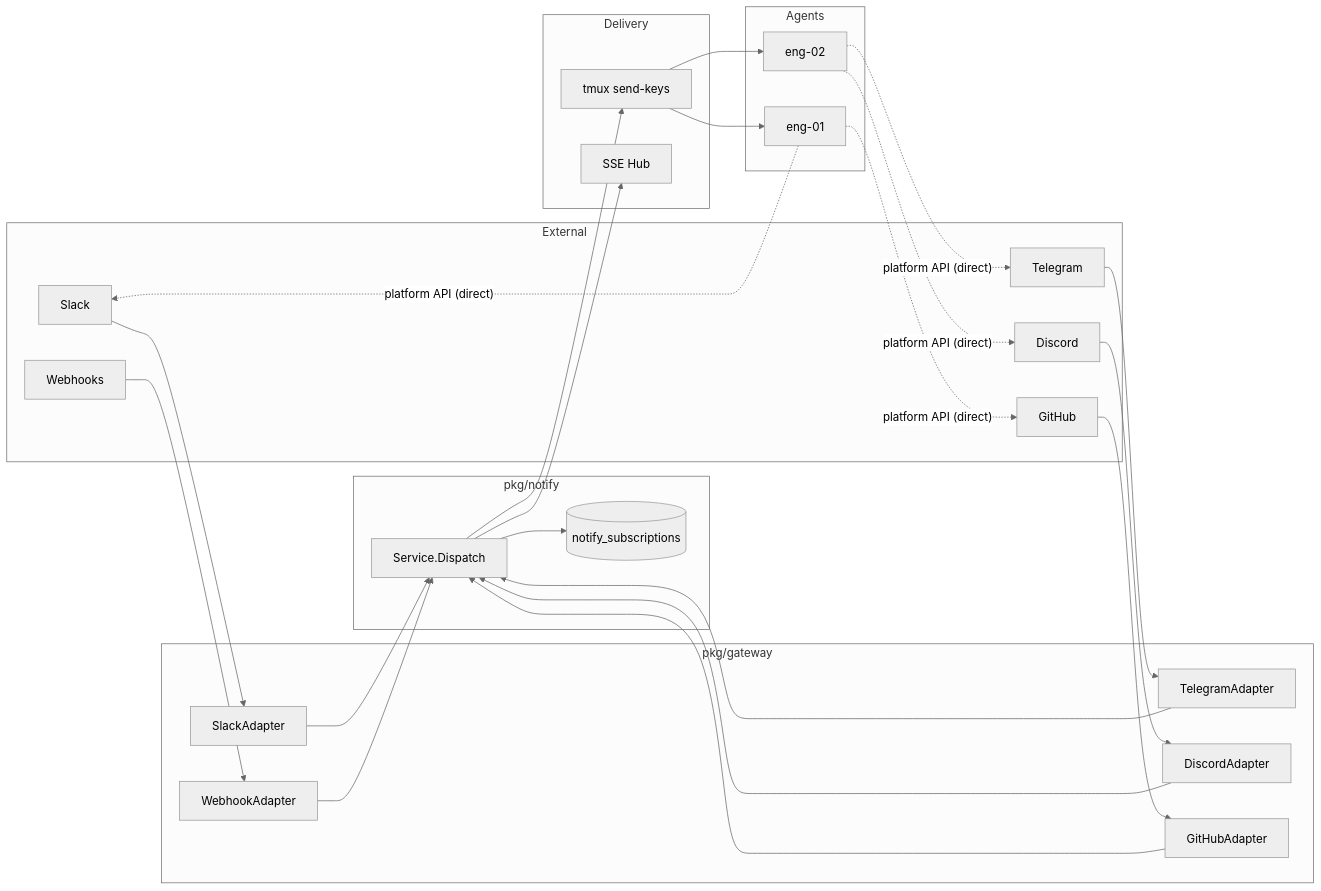
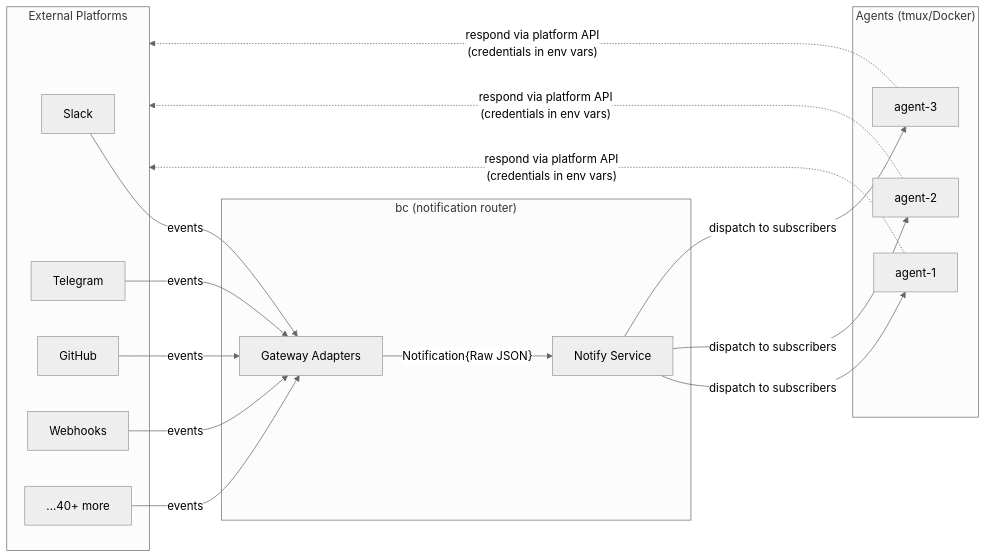
Before and after one commit to rpuneet/bc: the first of 10 diagrams in docs/architecture/channels.md, drawn with Mermaid (neutral theme). The commit also changed 1 other file, not shown here.

Commit message:
fix(docs): simplify overview diagram, fix architecture typo
- Overview diagram: clean 3-layer view (Platforms → bc → Agents) instead
  of exposing internal packages. Agents respond to Platforms collectively,
  not hard-wired to specific ones.
- Fix "contrnrs" → "containers" typo in architecture.md

````diff
--- a/docs/architecture/channels.md
+++ b/docs/architecture/channels.md
@@ -13,47 +13,26 @@
 ```mermaid
 flowchart LR
-    subgraph External
+    subgraph Platforms["External Platforms"]
         S[Slack]
         T[Telegram]
-        D[Discord]
         G[GitHub]
         W[Webhooks]
+        More["...40+ more"]
     end
 
-    subgraph "pkg/gateway"
-        SA[SlackAdapter]
-        TA[TelegramAdapter]
-        DA[DiscordAdapter]
-        GA[GitHubAdapter]
-        WA[WebhookAdapter]
+    subgraph bc["bc (notification router)"]
+        GW["Gateway Adapters"]
+        NS["Notify Service"]
     end
 
-    subgraph "pkg/notify"
-        SVC[Service.Dispatch]
-        ST[(notify_subscriptions)]
+    subgraph Agents["Agents (tmux/Docker)"]
+        A1[agent-1]
+        A2[agent-2]
+        A3[agent-3]
     end
 
-    subgraph Delivery
-        TM[tmux send-keys]
-        SSE[SSE Hub]
-    end
-
-    subgraph Agents
-        A1[eng-01]
-        A2[eng-02]
-    end
-
-    S --> SA
-    T --> TA
-    D --> DA
-    G --> GA
-    W --> WA
-
-    SA & TA & DA & GA & WA --> SVC
-    SVC --> ST
-    SVC --> TM --> A1 & A2
-    SVC --> SSE
-
-    A1 -.->|"platform API (direct)"| S & G
-    A2 -.->|"platform API (direct)"| T & D
+    S & T & G & W & More -- "events" --> GW
+    GW -- "Notification{Raw JSON}" --> NS
+    NS -- "dispatch to subscribers" --> A1 & A2 & A3
+    A1 & A2 & A3 -. "respond via platform API\n(credentials in env vars)" .-> Platforms
 ```
````
